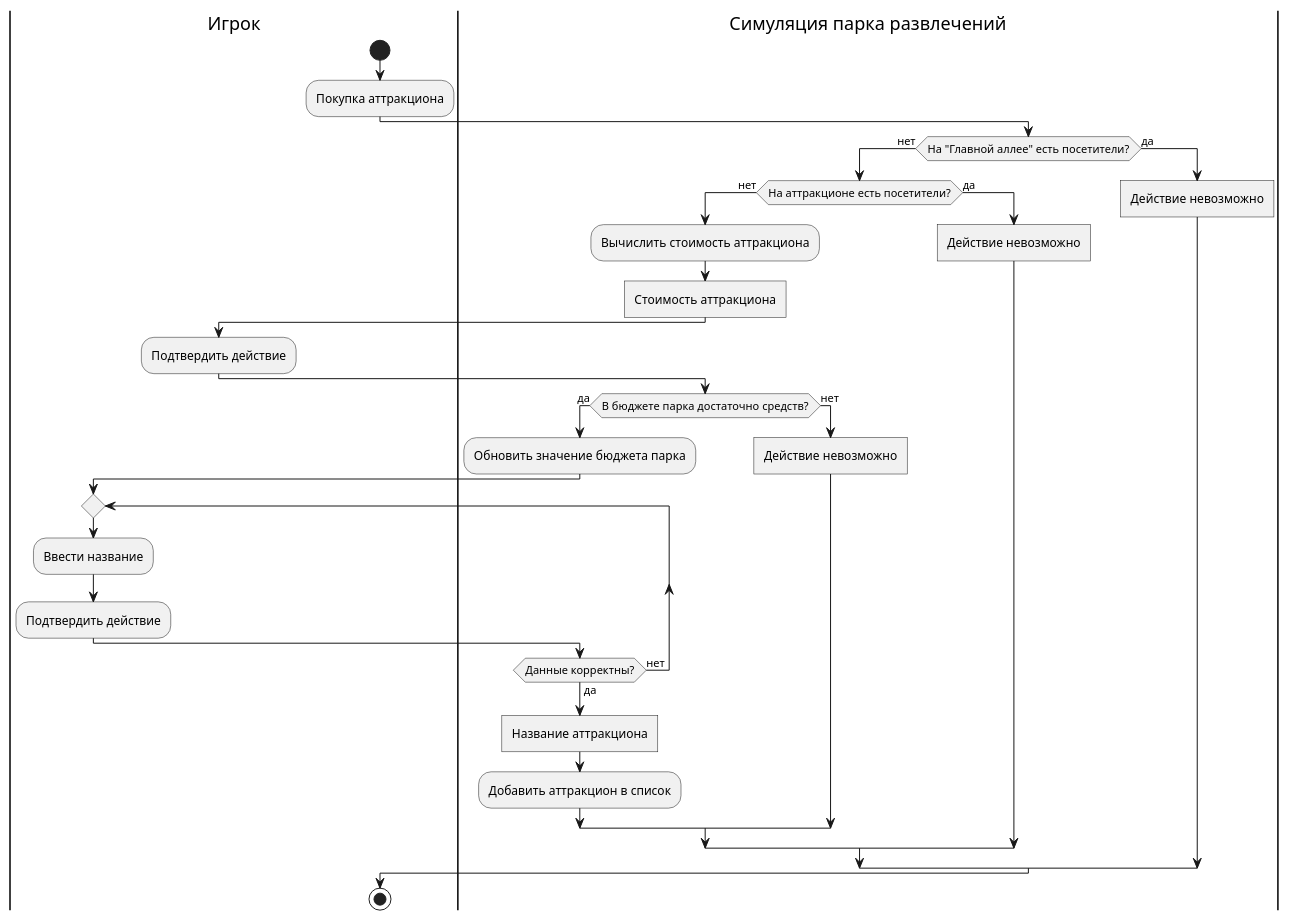
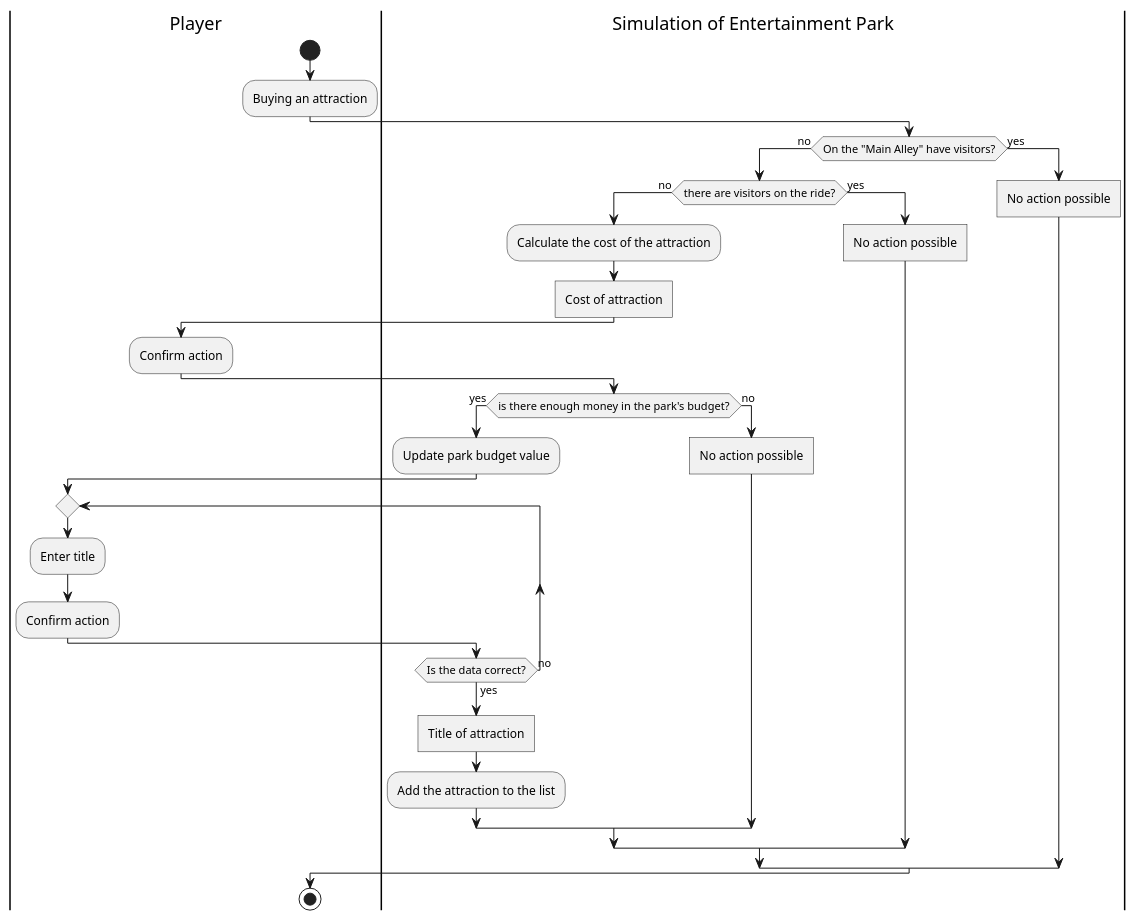
One commit to mzhirko/amusement-park changed the diagram in description/diagrams/diagrams-en/activity/buy-attraction-activity-diagram.wsd. Above: the diagram before and after it, drawn with PlantUML. The commit also changed 25 other files, not shown here.

Commit message:
Translate activity diagrams + render imgs

```diff
--- a/description/diagrams/diagrams-en/activity/buy-attraction-activity-diagram.wsd
+++ b/description/diagrams/diagrams-en/activity/buy-attraction-activity-diagram.wsd
@@ -1,35 +1,35 @@
 @startuml
 skinparam ConditionEndStyle hline
-|Игрок|
+|Player|
 start
-:Покупка аттракциона;
-|Симуляция парка развлечений|
-if (На "Главной аллее" есть посетители?) then (нет)
-if (На аттракционе есть посетители?) then (нет)
-:Вычислить стоимость аттракциона;
-:Стоимость аттракциона] 
-|Игрок|
-:Подтвердить действие;
-|Симуляция парка развлечений|
-if (В бюджете парка достаточно средств?) then (да)
-:Обновить значение бюджета парка;
-|Игрок|
+:Buying an attraction;
+|Simulation of Entertainment Park|
+if (On the "Main Alley" have visitors?) then (no)
+If (there are visitors on the ride?) then (no)
+:Calculate the cost of the attraction;
+:Cost of attraction] 
+|Player|
+:Confirm action;
+|Simulation of Entertainment Park|
+if (is there enough money in the park's budget?) then (yes)
+:Update park budget value;
+|Player|
 repeat
-:Ввести название;
-:Подтвердить действие;
-|Симуляция парка развлечений|
-repeat while (Данные корректны?) is (нет) not (да)
-:Название аттракциона]
-:Добавить аттракцион в список;
-else (нет)
-:Действие невозможно]
+:Enter title;
+:Confirm action;
+|Simulation of Entertainment Park|
+repeat while (Is the data correct?) is (no) not (yes)
+:Title of attraction]
+:Add the attraction to the list;
+else (no)
+:No action possible]
 endif
-else (да)
-:Действие невозможно]
+else (yes)
+:No action possible]
 endif
-else (да)
-:Действие невозможно]
-|Игрок|
+else (yes)
+:No action possible]
+|Player|
 endif
 stop
 @enduml
```
